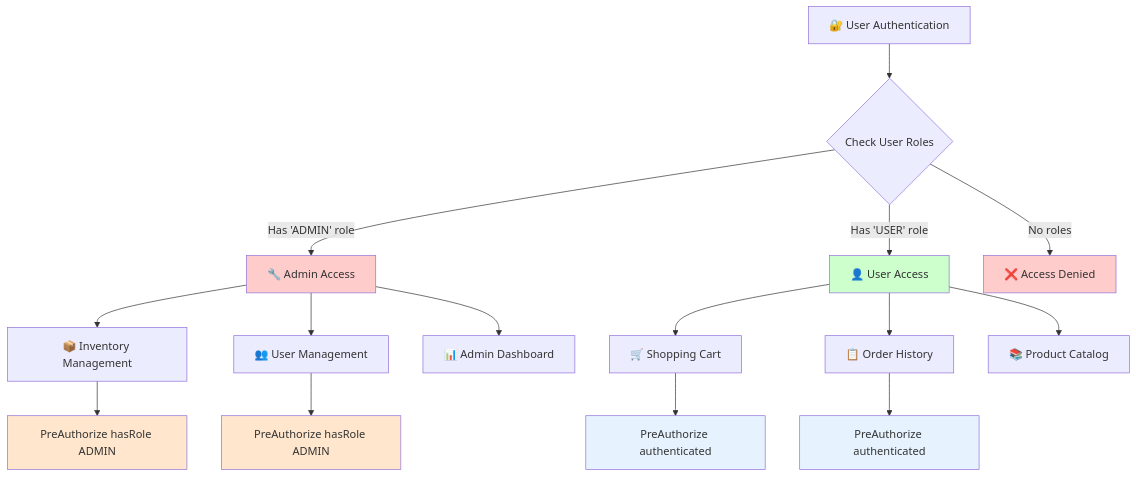
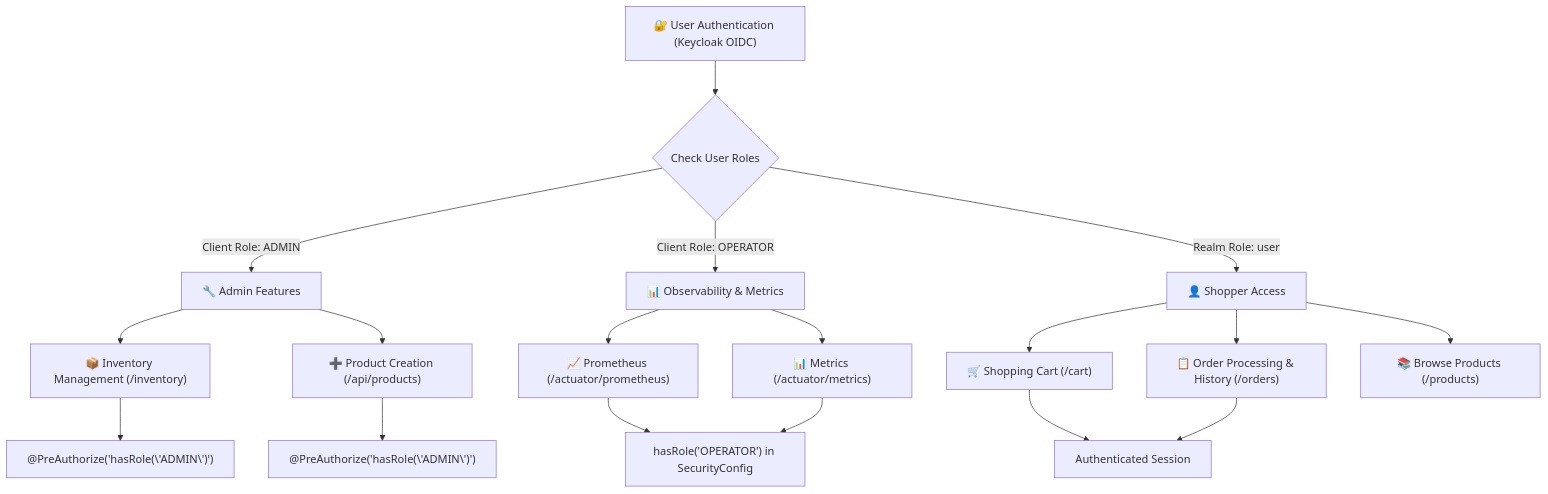
One commit to rajadilipkolli/spring-boot-microservices-series-v2 changed the fifth of 5 diagrams in retail-store-webapp/RetailStore-Authentication-Deep-Dive.md. Above: the diagram before and after it, drawn with Mermaid. The commit also changed other lines of this file and 51 other files, not shown here.

````diff
--- a/retail-store-webapp/RetailStore-Authentication-Deep-Dive.md
+++ b/retail-store-webapp/RetailStore-Authentication-Deep-Dive.md
@@ -369,29 +525,23 @@
 ```mermaid
 flowchart TD
-    A[🔐 User Authentication] --> B{Check User Roles}
+    A["🔐 User Authentication (Keycloak OIDC)"] --> B{"Check User Roles"}
     
-    B -->|Has 'ADMIN' role| C[🔧 Admin Access]
-    B -->|Has 'USER' role| D[👤 User Access]
-    B -->|No roles| E[❌ Access Denied]
+    B -->|"Client Role: ADMIN"| C["🔧 Admin Features"]
+    B -->|"Client Role: OPERATOR"| D["📊 Observability & Metrics"]
+    B -->|"Realm Role: user"| E["👤 Shopper Access"]
     
-    C --> F[📦 Inventory Management]
-    C --> G[👥 User Management]
-    C --> H[📊 Admin Dashboard]
+    C --> F["📦 Inventory Management (/inventory)"]
+    C --> G["➕ Product Creation (/api/products)"]
+    D --> H["📈 Prometheus (/actuator/prometheus)"]
+    D --> I["📊 Metrics (/actuator/metrics)"]
+    E --> J["🛒 Shopping Cart (/cart)"]
+    E --> K["📋 Order Processing & History (/orders)"]
+    E --> L["📚 Browse Products (/products)"]
     
-    D --> I[🛒 Shopping Cart]
-    D --> J[📋 Order History]
-    D --> K[📚 Product Catalog]
-    
-    F --> L[PreAuthorize hasRole ADMIN]
-    G --> M[PreAuthorize hasRole ADMIN]
-    I --> N[PreAuthorize authenticated]
-    J --> O[PreAuthorize authenticated]
-    
-    style C fill:#ffcccc
-    style D fill:#ccffcc
-    style E fill:#ffcccc
-    style L fill:#ffe6cc
-    style M fill:#ffe6cc
-    style N fill:#e6f3ff
-    style O fill:#e6f3ff
+    F --> M["@PreAuthorize('hasRole(\'ADMIN\')')"]
+    G --> N["@PreAuthorize('hasRole(\'ADMIN\')')"]
+    H --> O["hasRole('OPERATOR') in SecurityConfig"]
+    I --> O
+    J --> P["Authenticated Session"]
+    K --> P
 ```
````
